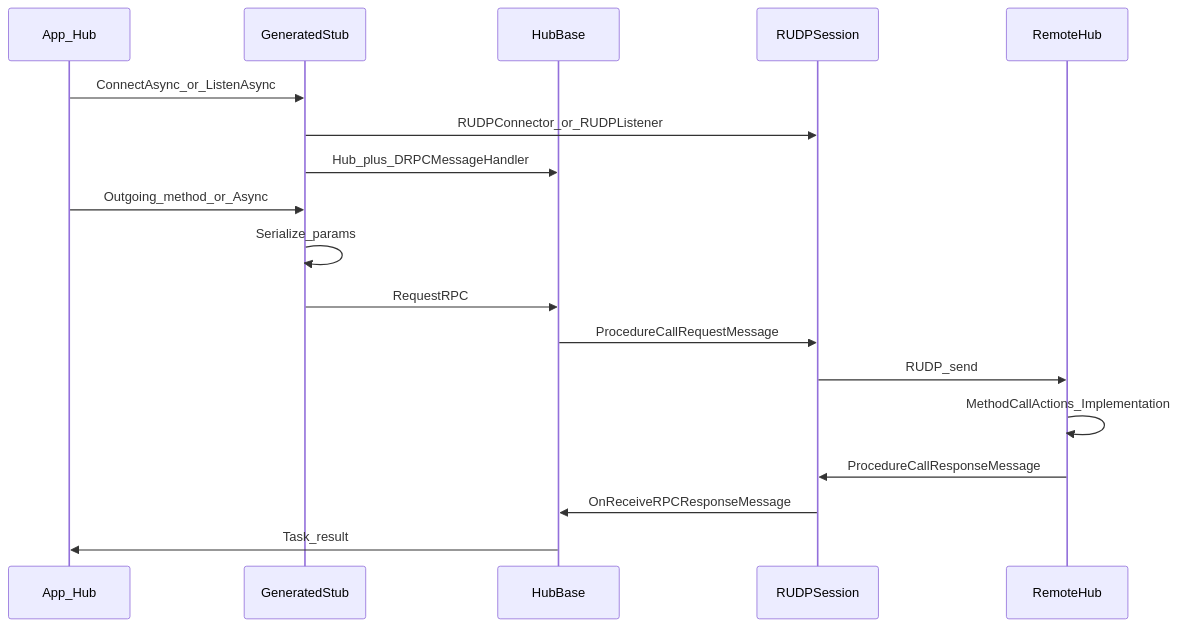
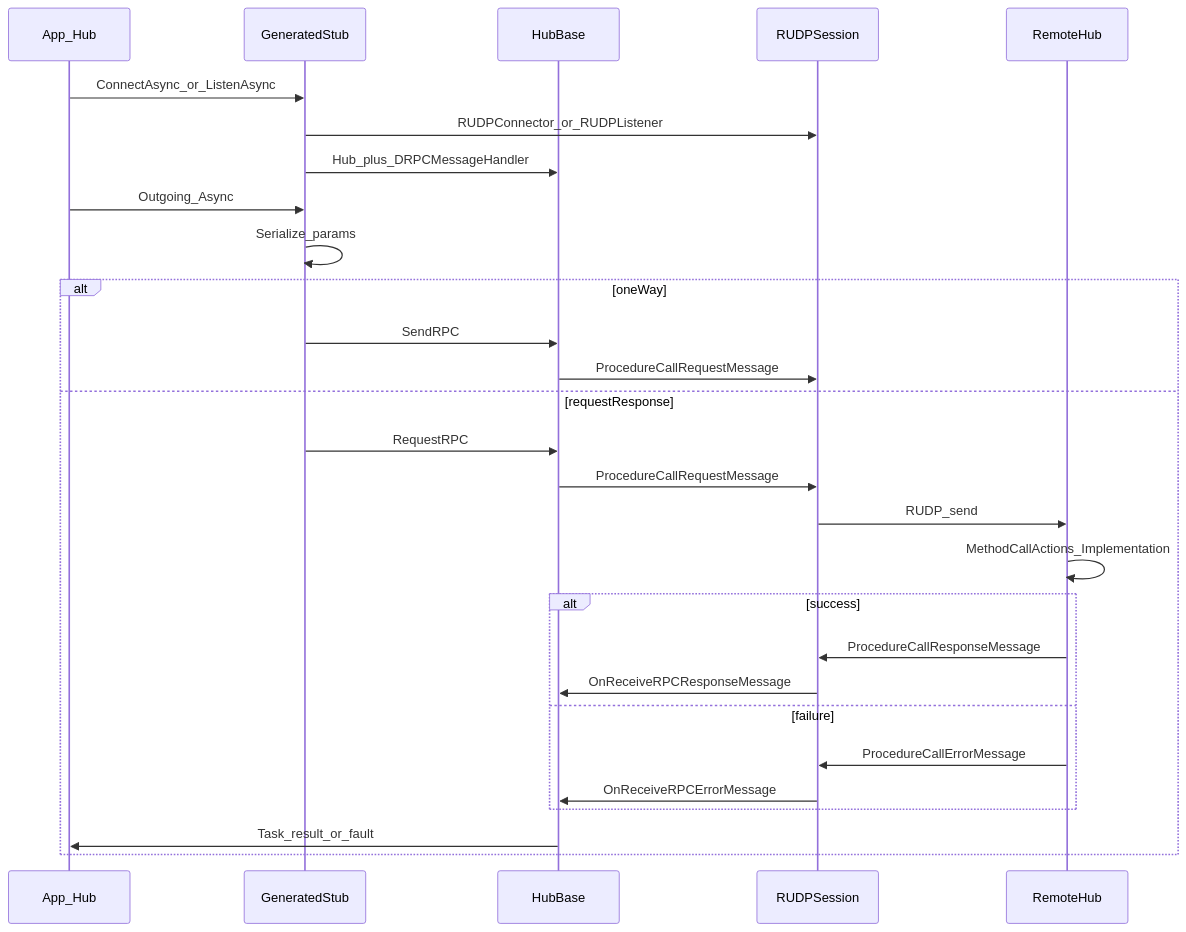
One commit to BIGSUNGG/DS_RPC changed the diagram in Document/02-Architecture/Data-Flow.md. Above: the diagram before and after it, drawn with Mermaid. The commit also changed other lines of this file and 49 other files, not shown here.

First line of the commit message:
Release 1.1.0: RPC 안정화·OneWay·에러 응답, Examples를 Sandbox로 이동

````diff
--- a/Document/02-Architecture/Data-Flow.md
+++ b/Document/02-Architecture/Data-Flow.md
@@ -15,21 +15,31 @@
 ```mermaid
 sequenceDiagram
   participant App as App_Hub
   participant Gen as GeneratedStub
   participant HB as HubBase
   participant Sess as RUDPSession
   participant Peer as RemoteHub
 
   App->>Gen: ConnectAsync_or_ListenAsync
   Gen->>Sess: RUDPConnector_or_RUDPListener
   Gen->>HB: Hub_plus_DRPCMessageHandler
-  App->>Gen: Outgoing_method_or_Async
+  App->>Gen: Outgoing_Async
   Gen->>Gen: Serialize_params
-  Gen->>HB: RequestRPC
-  HB->>Sess: ProcedureCallRequestMessage
-  Sess->>Peer: RUDP_send
-  Peer->>Peer: MethodCallActions_Implementation
-  Peer->>Sess: ProcedureCallResponseMessage
-  Sess->>HB: OnReceiveRPCResponseMessage
-  HB->>App: Task_result
+  alt oneWay
+    Gen->>HB: SendRPC
+    HB->>Sess: ProcedureCallRequestMessage
+  else requestResponse
+    Gen->>HB: RequestRPC
+    HB->>Sess: ProcedureCallRequestMessage
+    Sess->>Peer: RUDP_send
+    Peer->>Peer: MethodCallActions_Implementation
+    alt success
+      Peer->>Sess: ProcedureCallResponseMessage
+      Sess->>HB: OnReceiveRPCResponseMessage
+    else failure
+      Peer->>Sess: ProcedureCallErrorMessage
+      Sess->>HB: OnReceiveRPCErrorMessage
+    end
+    HB->>App: Task_result_or_fault
+  end
 ```
````
